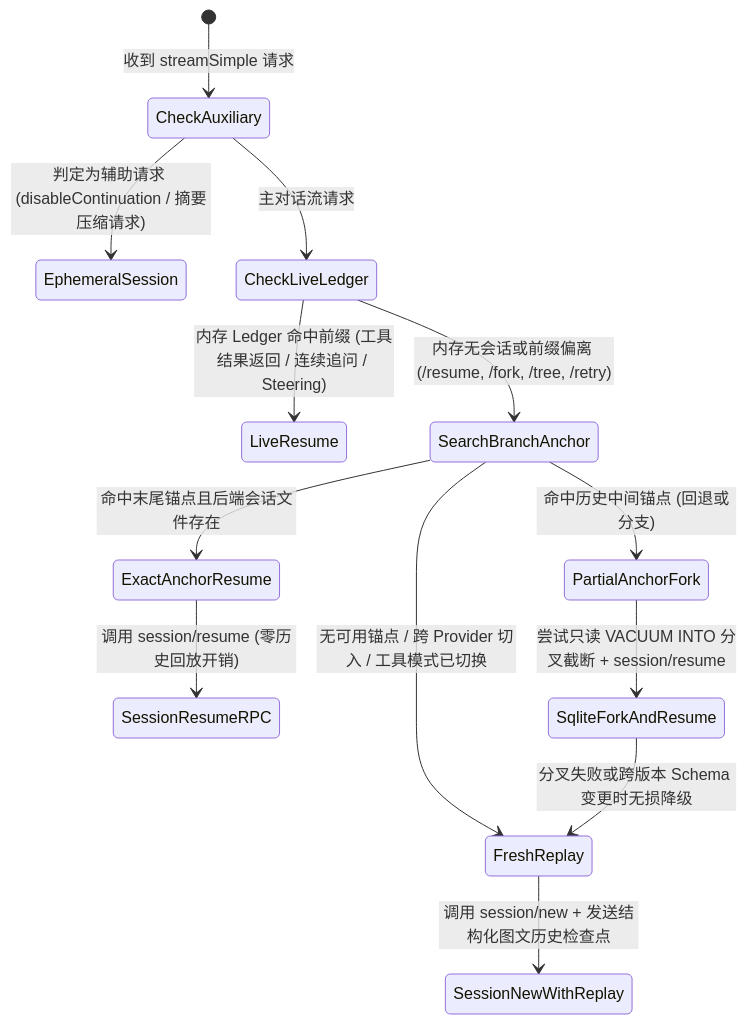
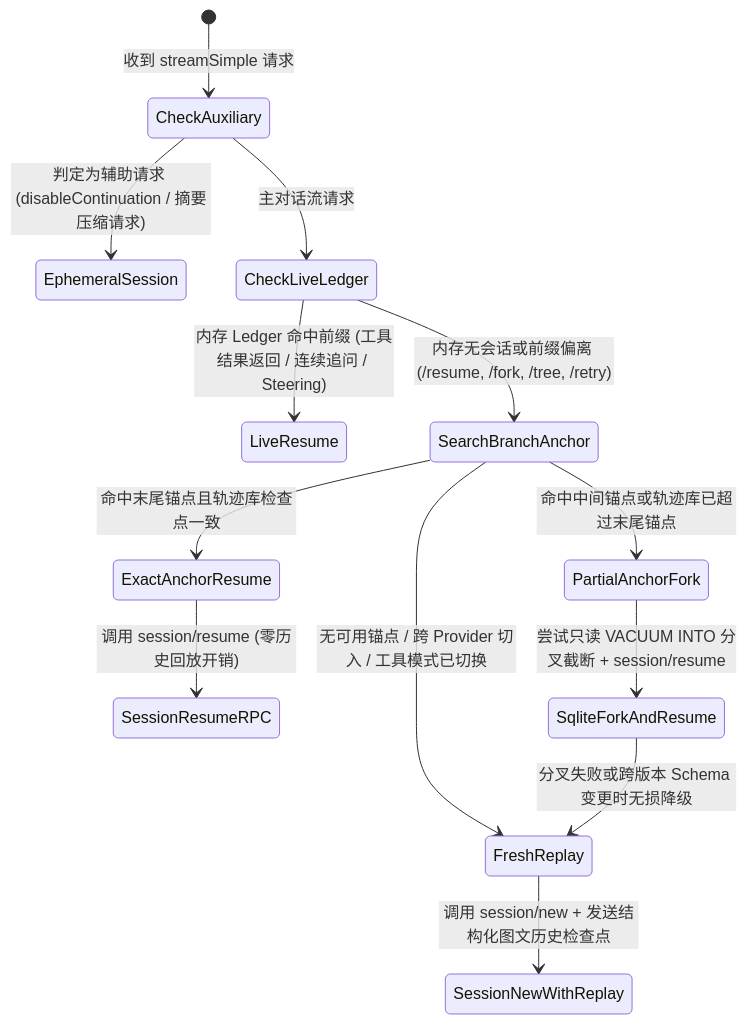
One commit to onprs/Pi-Antigravity-Bridge changed the fourth of 4 diagrams in docs/DESIGN.md. Above: the diagram before and after it, drawn with Mermaid. The commit also changed other lines of this file and 9 other files, not shown here.

````diff
--- a/docs/DESIGN.md
+++ b/docs/DESIGN.md
@@ -706,18 +706,18 @@
 ```mermaid
 stateDiagram-v2
     [*] --> CheckAuxiliary: 收到 streamSimple 请求
     CheckAuxiliary --> EphemeralSession: 判定为辅助请求 (disableContinuation / 摘要压缩请求)
     CheckAuxiliary --> CheckLiveLedger: 主对话流请求
 
     CheckLiveLedger --> LiveResume: 内存 Ledger 命中前缀 (工具结果返回 / 连续追问 / Steering)
     CheckLiveLedger --> SearchBranchAnchor: 内存无会话或前缀偏离 (/resume, /fork, /tree, /retry)
 
-    SearchBranchAnchor --> ExactAnchorResume: 命中末尾锚点且后端会话文件存在
-    SearchBranchAnchor --> PartialAnchorFork: 命中历史中间锚点 (回退或分支)
+    SearchBranchAnchor --> ExactAnchorResume: 命中末尾锚点且轨迹库检查点一致
+    SearchBranchAnchor --> PartialAnchorFork: 命中中间锚点或轨迹库已超过末尾锚点
     SearchBranchAnchor --> FreshReplay: 无可用锚点 / 跨 Provider 切入 / 工具模式已切换
 
     ExactAnchorResume --> SessionResumeRPC: 调用 session/resume (零历史回放开销)
     PartialAnchorFork --> SqliteForkAndResume: 尝试只读 VACUUM INTO 分叉截断 + session/resume
     SqliteForkAndResume --> FreshReplay: 分叉失败或跨版本 Schema 变更时无损降级
     FreshReplay --> SessionNewWithReplay: 调用 session/new + 发送结构化图文历史检查点
 ```
````
